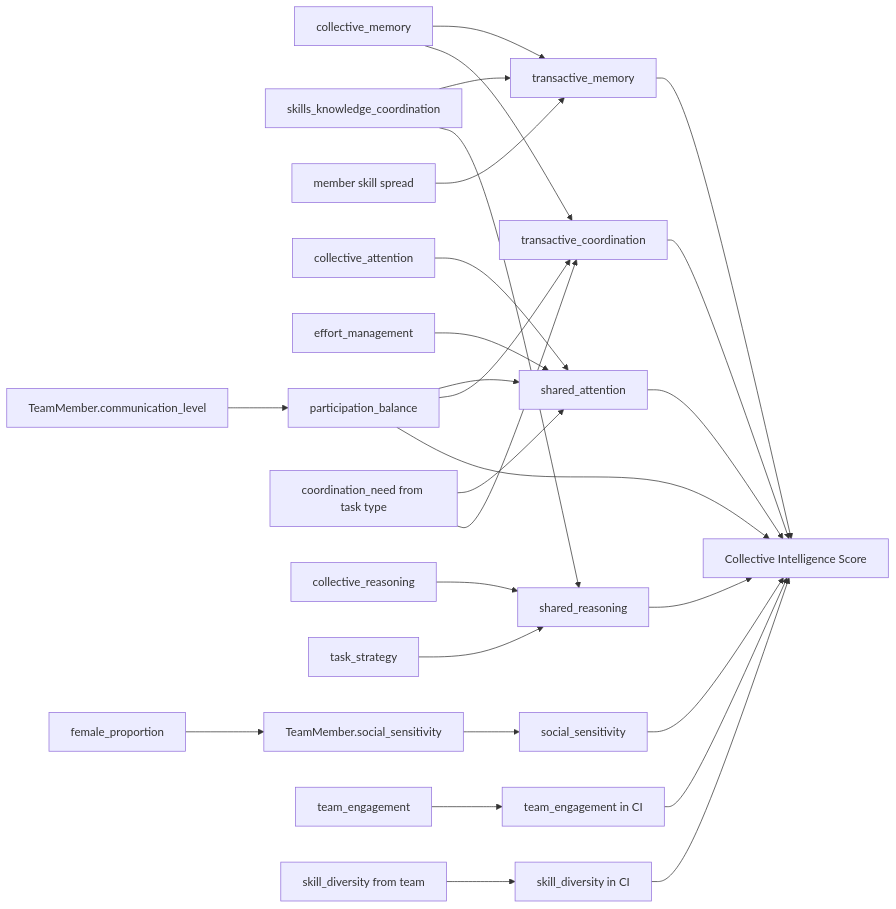
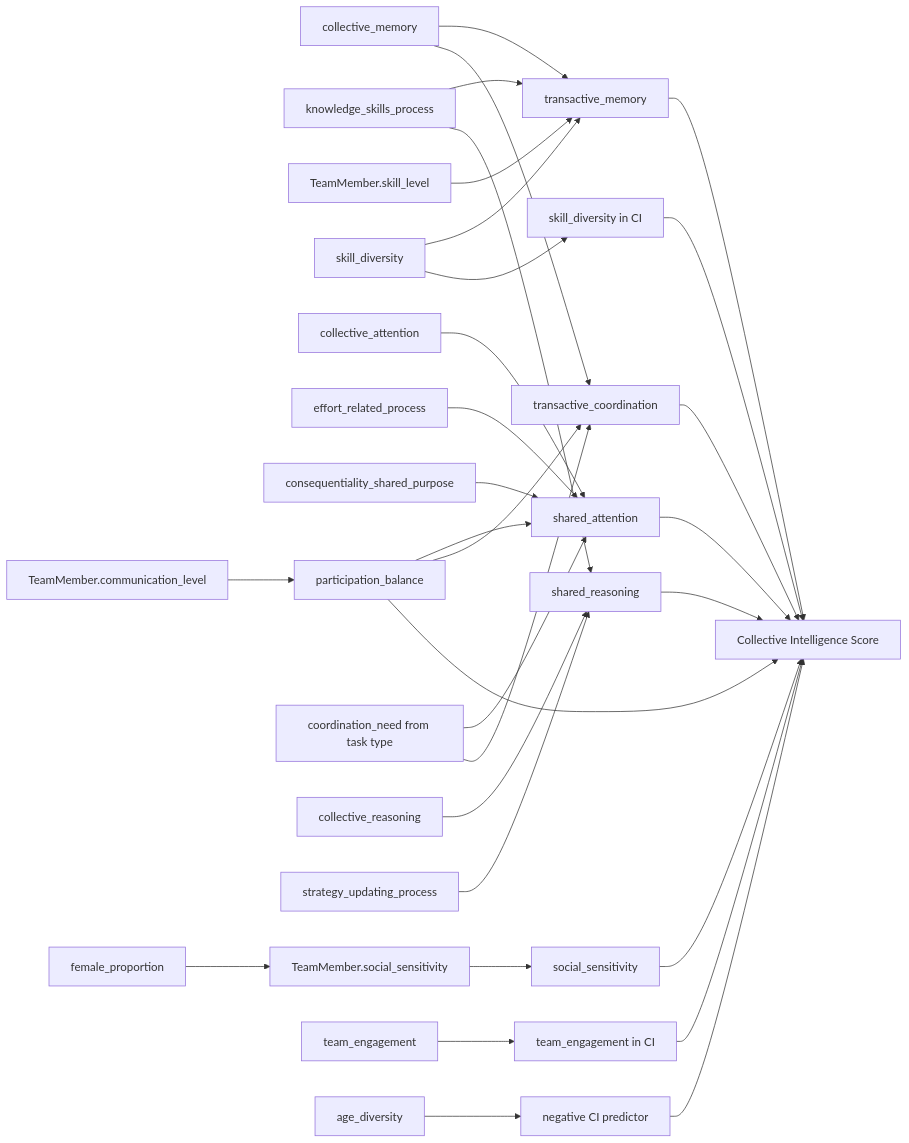
The fifth of 8 diagrams in docs/CONCEPTUAL_MODEL.md (arslansultandogar/agile-simulator), drawn with Mermaid before and after one commit. The commit also changed other lines of this file and 16 other files, not shown here.

````diff
--- a/docs/CONCEPTUAL_MODEL.md
+++ b/docs/CONCEPTUAL_MODEL.md
@@ -397,35 +405,39 @@
 ```mermaid
 flowchart LR
     CM[collective_memory] --> TM[transactive_memory]
-    SKC[skills_knowledge_coordination] --> TM
-    TMskills[member skill spread] --> TM
+    SKC[knowledge_skills_process] --> TM
+    TMskills[TeamMember.skill_level] --> TM
+    SD[skill_diversity] --> TM
 
     CA[collective_attention] --> SA[shared_attention]
-    EM[effort_management] --> SA
+    EM[effort_related_process] --> SA
+    CON[consequentiality_shared_purpose] --> SA
     PB --> SA
     CN[coordination_need from task type] --> SA
 
     CR[collective_reasoning] --> SR[shared_reasoning]
-    TS[task_strategy] --> SR
+    TS[strategy_updating_process] --> SR
     SKC --> SR
 
     TMmembers[TeamMember.social_sensitivity] --> SS[social_sensitivity]
     FP[female_proportion] --> TMmembers
 
     TMcomm[TeamMember.communication_level] --> PB[participation_balance]
     CM --> TC[transactive_coordination]
     CN --> TC
     PB --> TC
 
     TEB[team_engagement] --> TE[team_engagement in CI]
-    SD[skill_diversity from team] --> SDout[skill_diversity in CI]
+    SD --> SDout[skill_diversity in CI]
+    AD[age_diversity] --> ADP[negative CI predictor]
 
     TM --> CI[Collective Intelligence Score]
     SA --> CI
     SR --> CI
     SS --> CI
     PB --> CI
     TC --> CI
     TE --> CI
     SDout --> CI
+    ADP --> CI
 ```
````
